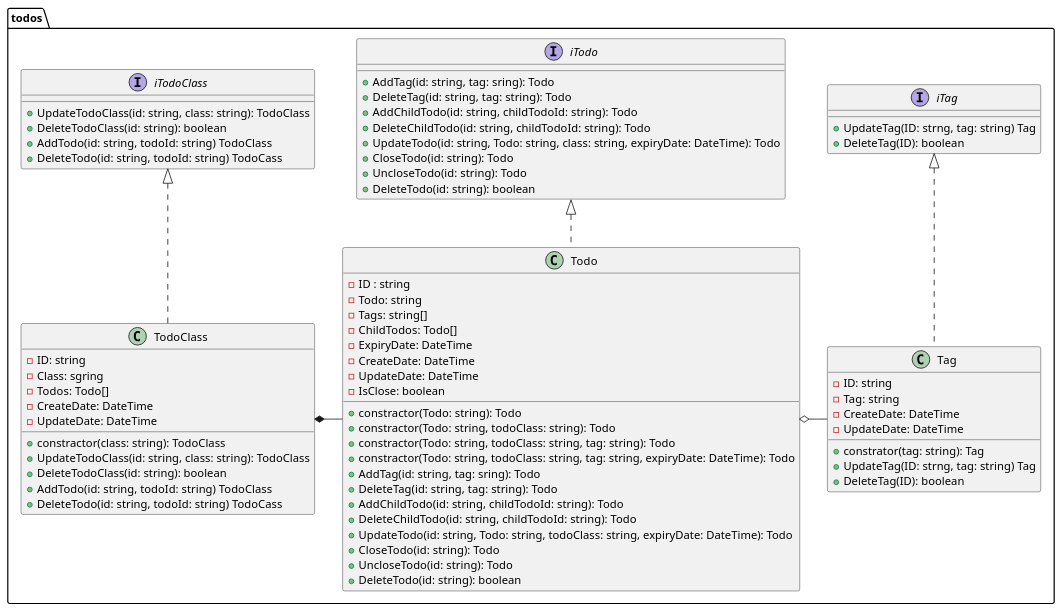
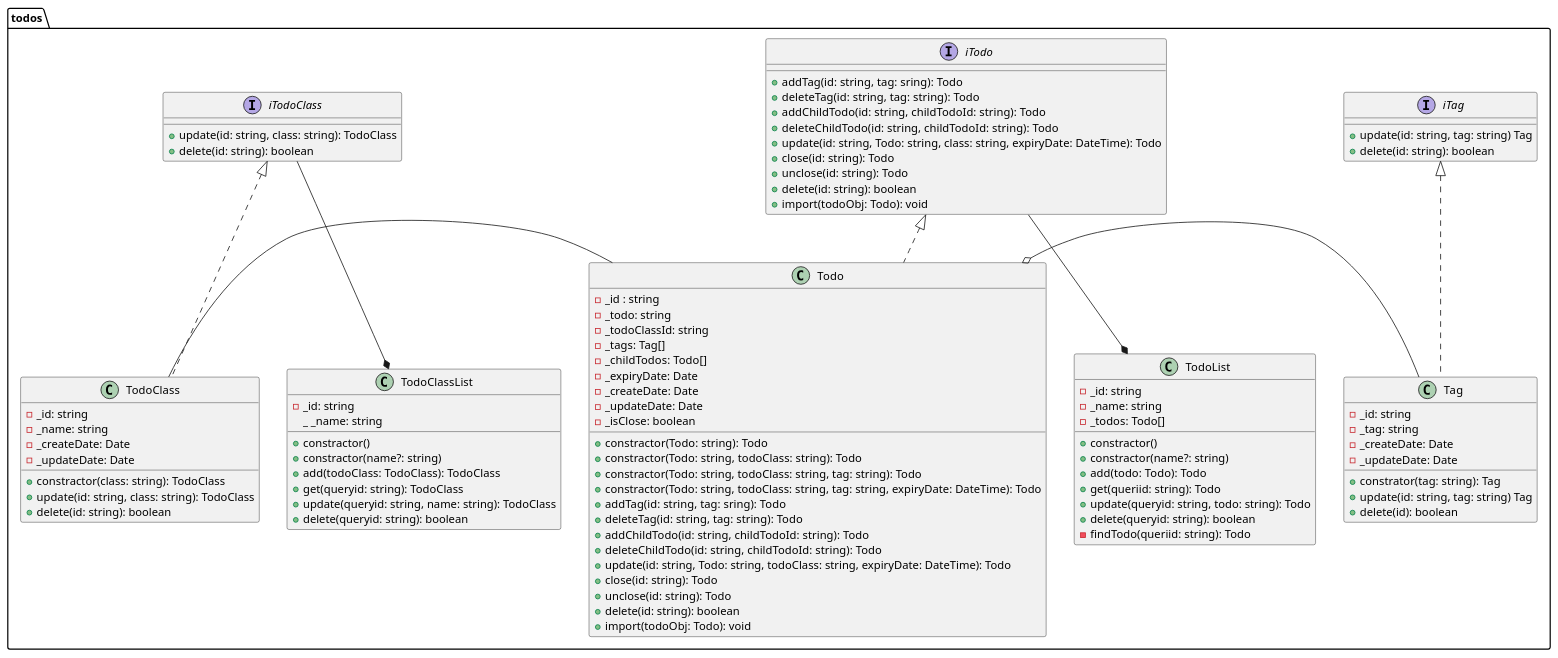
The diagram in docs/TodoUml.pu (KajiyaManzou/TodoCheckList), drawn with PlantUML before and after one commit. The commit also changed 9 other files, not shown here.

Commit message:
change class UML

```diff
--- a/docs/TodoUml.pu
+++ b/docs/TodoUml.pu
@@ -1,83 +1,107 @@
-@startuml
+@startuml TodoUml01
 
 package todos {
 
 
 class Todo {
-    - ID : string
-    - Todo: string
-    - Tags: string[]
-    - ChildTodos: Todo[]
-    - ExpiryDate: DateTime
-    - CreateDate: DateTime
-    - UpdateDate: DateTime
-    - IsClose: boolean
+    - _id : string
+    - _todo: string
+    - _todoClassId: string
+    - _tags: Tag[]
+    - _childTodos: Todo[]
+    - _expiryDate: Date
+    - _createDate: Date
+    - _updateDate: Date
+    - _isClose: boolean
     + constractor(Todo: string): Todo
     + constractor(Todo: string, todoClass: string): Todo
     + constractor(Todo: string, todoClass: string, tag: string): Todo
     + constractor(Todo: string, todoClass: string, tag: string, expiryDate: DateTime): Todo
-    + AddTag(id: string, tag: sring): Todo
-    + DeleteTag(id: string, tag: string): Todo
-    + AddChildTodo(id: string, childTodoId: string): Todo
-    + DeleteChildTodo(id: string, childTodoId: string): Todo
-    + UpdateTodo(id: string, Todo: string, todoClass: string, expiryDate: DateTime): Todo
-    + CloseTodo(id: string): Todo
-    + UncloseTodo(id: string): Todo
-    + DeleteTodo(id: string): boolean
+    + addTag(id: string, tag: sring): Todo
+    + deleteTag(id: string, tag: string): Todo
+    + addChildTodo(id: string, childTodoId: string): Todo
+    + deleteChildTodo(id: string, childTodoId: string): Todo
+    + update(id: string, Todo: string, todoClass: string, expiryDate: DateTime): Todo
+    + close(id: string): Todo
+    + unclose(id: string): Todo
+    + delete(id: string): boolean
+    + import(todoObj: Todo): void
 }
 
 interface iTodo {
-    + AddTag(id: string, tag: sring): Todo
-    + DeleteTag(id: string, tag: string): Todo
-    + AddChildTodo(id: string, childTodoId: string): Todo
-    + DeleteChildTodo(id: string, childTodoId: string): Todo
-    + UpdateTodo(id: string, Todo: string, class: string, expiryDate: DateTime): Todo
-    + CloseTodo(id: string): Todo
-    + UncloseTodo(id: string): Todo
-    + DeleteTodo(id: string): boolean
+    + addTag(id: string, tag: sring): Todo
+    + deleteTag(id: string, tag: string): Todo
+    + addChildTodo(id: string, childTodoId: string): Todo
+    + deleteChildTodo(id: string, childTodoId: string): Todo
+    + update(id: string, Todo: string, class: string, expiryDate: DateTime): Todo
+    + close(id: string): Todo
+    + unclose(id: string): Todo
+    + delete(id: string): boolean
+    + import(todoObj: Todo): void
+}
+
+class TodoList {
+    - _id: string
+    - _name: string
+    - _todos: Todo[]
+    + constractor()
+    + constractor(name?: string)
+    + add(todo: Todo): Todo
+    + get(queriid: string): Todo
+    + update(queryid: string, todo: string): Todo
+    + delete(queryid: string): boolean
+    - findTodo(queriid: string): Todo
 }
 
 class TodoClass {
-    - ID: string
-    - Class: sgring
-    - Todos: Todo[]
-    - CreateDate: DateTime
-    - UpdateDate: DateTime
+    - _id: string
+    - _name: string
+    - _createDate: Date
+    - _updateDate: Date
     + constractor(class: string): TodoClass
-    + UpdateTodoClass(id: string, class: string): TodoClass
-    + DeleteTodoClass(id: string): boolean
-    + AddTodo(id: string, todoId: string) TodoClass
-    + DeleteTodo(id: string, todoId: string) TodoCass
+    + update(id: string, class: string): TodoClass
+    + delete(id: string): boolean
 }
 
 interface iTodoClass {
-    + UpdateTodoClass(id: string, class: string): TodoClass
-    + DeleteTodoClass(id: string): boolean
-    + AddTodo(id: string, todoId: string) TodoClass
-    + DeleteTodo(id: string, todoId: string) TodoCass
+    + update(id: string, class: string): TodoClass
+    + delete(id: string): boolean
+}
+
+class TodoClassList {
+    - _id: string
+    _ _name: string
+    + constractor()
+    + constractor(name?: string)
+    + add(todoClass: TodoClass): TodoClass
+    + get(queryid: string): TodoClass
+    + update(queryid: string, name: string): TodoClass
+    + delete(queryid: string): boolean
 }
 
 class Tag {
-    - ID: string
-    - Tag: string
-    - CreateDate: DateTime
-    - UpdateDate: DateTime
+    - _id: string
+    - _tag: string
+    - _createDate: Date
+    - _updateDate: Date
     + constrator(tag: string): Tag
-    + UpdateTag(ID: strng, tag: string) Tag
-    + DeleteTag(ID): boolean
+    + update(id: string, tag: string) Tag
+    + delete(id): boolean
 }
 
 interface iTag {
-    + UpdateTag(ID: strng, tag: string) Tag
-    + DeleteTag(ID): boolean 
+    + update(id: string, tag: string) Tag
+    + delete(id: string): boolean 
 }
 
 }
 
-Todo --le--* TodoClass
+iTodo --* TodoList
+iTodoClass --* TodoClassList
+Todo --le-- TodoClass
 Tag --le--o Todo
 iTodo <|.. Todo
 iTodoClass <|.. TodoClass
 iTag <|.. Tag
 
 @enduml
```
